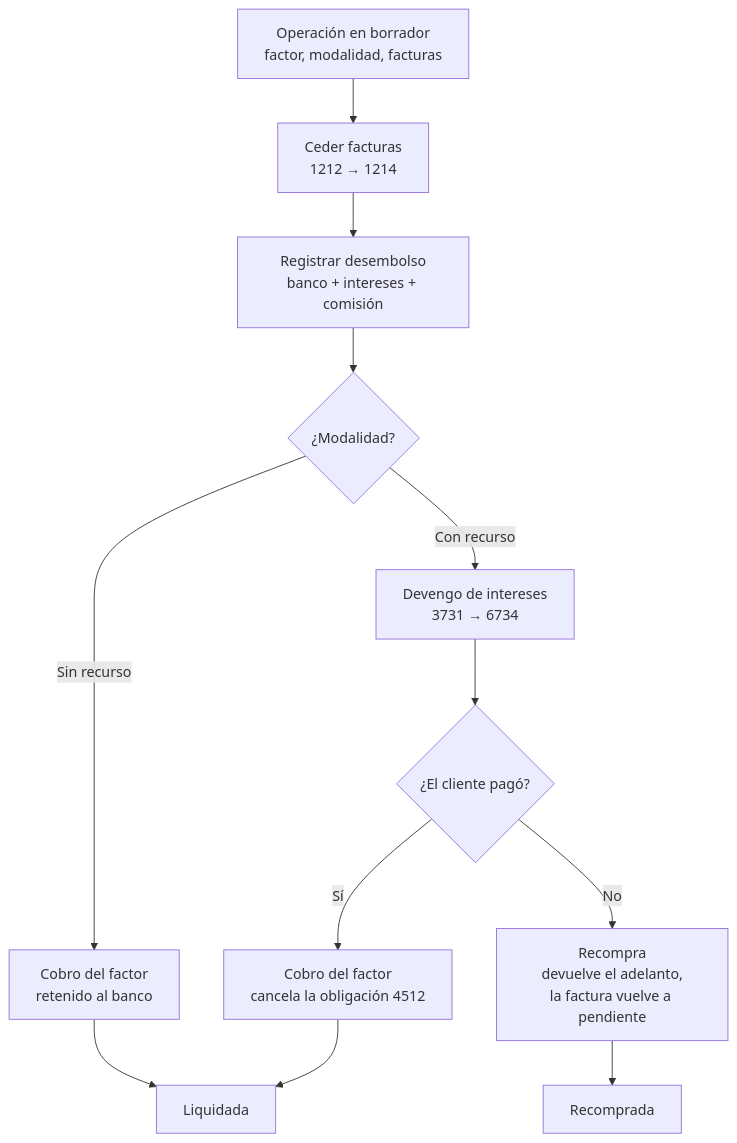
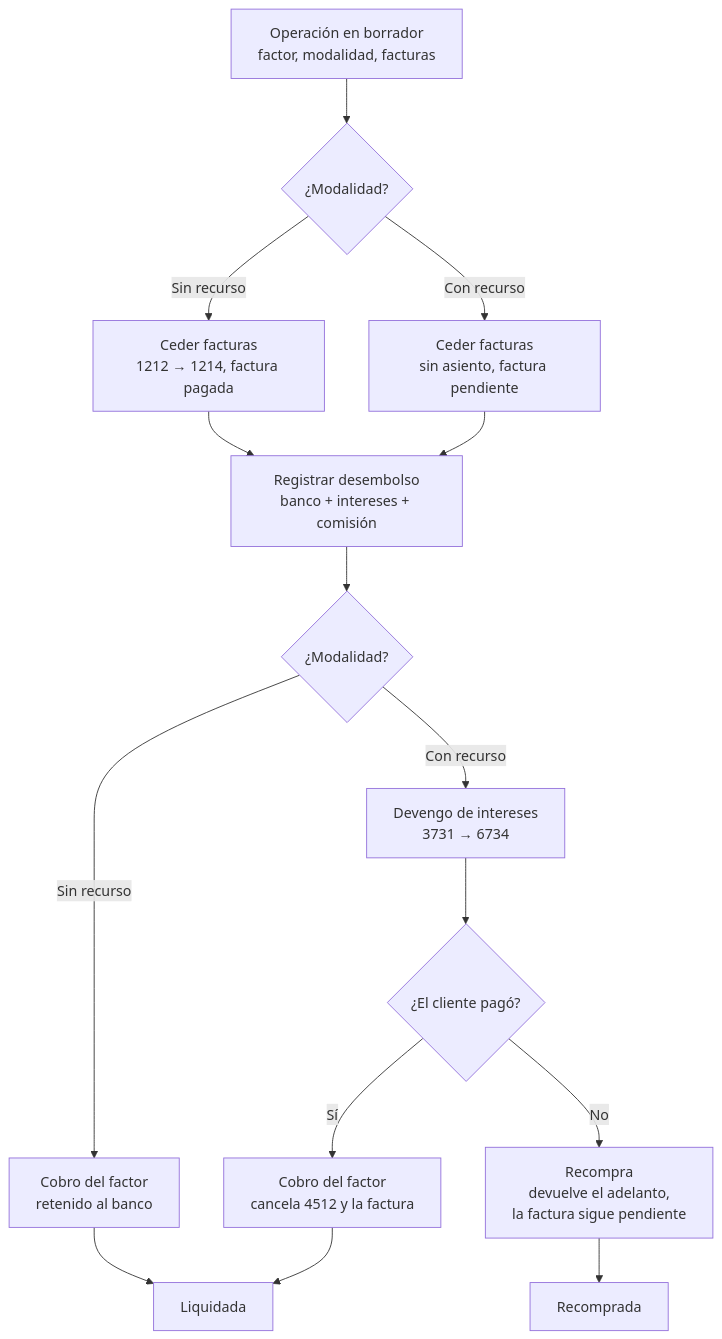
The diagram in OL-ACCOUNTING/al_l10n_pe_factoring/static/description/diagramas/factoring.mmd (olanoit/ol_new_apps), drawn with Mermaid before and after one commit. The commit also changed 23 other files, not shown here.

First line of the commit message:
[IMP] al_l10n_pe_factoring: con recurso la factura queda pendiente hasta el cobro del factor

```diff
--- a/OL-ACCOUNTING/al_l10n_pe_factoring/static/description/diagramas/factoring.mmd
+++ b/OL-ACCOUNTING/al_l10n_pe_factoring/static/description/diagramas/factoring.mmd
@@ -1,12 +1,15 @@
 flowchart TD
-  A[Operación en borrador<br/>factor, modalidad, facturas] --> B[Ceder facturas<br/>1212 → 1214]
-  B --> C[Registrar desembolso<br/>banco + intereses + comisión]
+  A[Operación en borrador<br/>factor, modalidad, facturas] --> B{¿Modalidad?}
+  B -- Sin recurso --> B1[Ceder facturas<br/>1212 → 1214, factura pagada]
+  B -- Con recurso --> B2[Ceder facturas<br/>sin asiento, factura pendiente]
+  B1 --> C[Registrar desembolso<br/>banco + intereses + comisión]
+  B2 --> C
   C --> D{¿Modalidad?}
   D -- Sin recurso --> E[Cobro del factor<br/>retenido al banco]
   D -- Con recurso --> F[Devengo de intereses<br/>3731 → 6734]
   F --> G{¿El cliente pagó?}
-  G -- Sí --> H[Cobro del factor<br/>cancela la obligación 4512]
-  G -- No --> I[Recompra<br/>devuelve el adelanto,<br/>la factura vuelve a pendiente]
+  G -- Sí --> H[Cobro del factor<br/>cancela 4512 y la factura]
+  G -- No --> I[Recompra<br/>devuelve el adelanto,<br/>la factura sigue pendiente]
   E --> J[Liquidada]
   H --> J
   I --> K[Recomprada]
```
